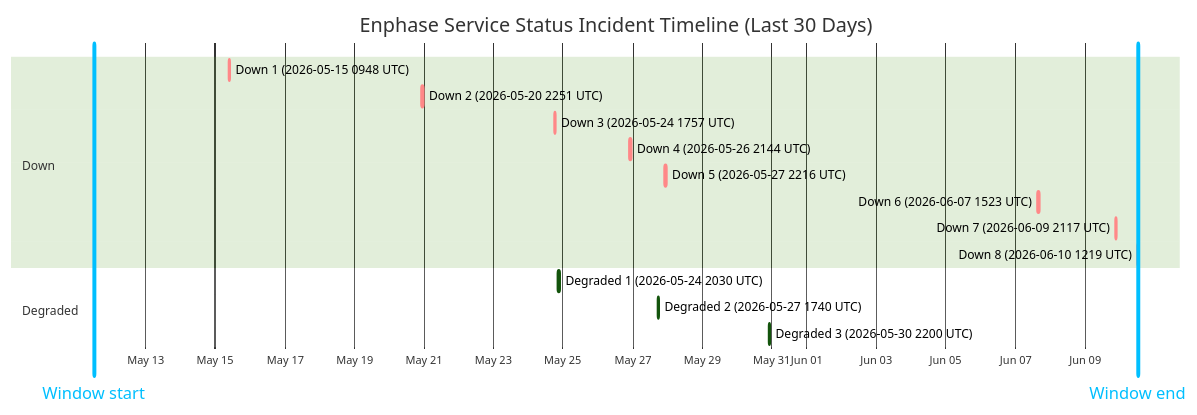
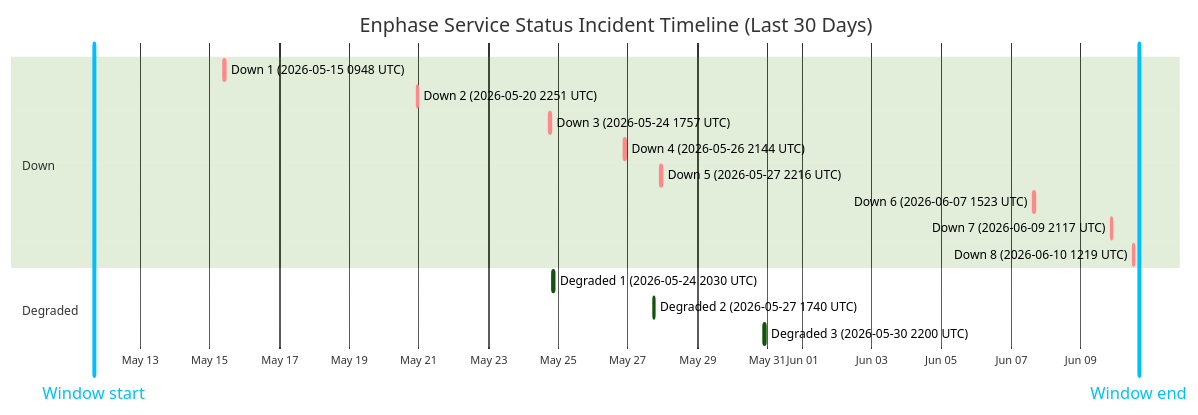
The diagram in wiki/Service-Status-History.md (barneyonline/ha-enphase-energy), drawn with Mermaid (forest theme) before and after one commit. The commit also changed other lines of this file and 5 other files, not shown here.

````diff
--- a/wiki/Service-Status-History.md
+++ b/wiki/Service-Status-History.md
@@ -14,21 +14,21 @@
 ```mermaid
 gantt
     title Enphase Service Status Incident Timeline (Last 30 Days)
     dateFormat  YYYY-MM-DDTHH:mm:ss
     axisFormat  %b %d
-    Window start :vert, window-start, 2026-05-11T12:19:21, 0ms
-    Window end :vert, window-end, 2026-06-10T12:19:21, 0ms
+    Window start :vert, window-start, 2026-05-11T16:13:33, 0ms
+    Window end :vert, window-end, 2026-06-10T16:13:33, 0ms
     section Down
     Down 1 (2026-05-15 0948 UTC) :crit, down-1, 2026-05-15T09:48:18, 60m
     Down 2 (2026-05-20 2251 UTC) :crit, down-2, 2026-05-20T22:51:14, 75m
     Down 3 (2026-05-24 1757 UTC) :crit, down-3, 2026-05-24T17:57:41, 86m
     Down 4 (2026-05-26 2144 UTC) :crit, down-4, 2026-05-26T21:44:11, 85m
     Down 5 (2026-05-27 2216 UTC) :crit, down-5, 2026-05-27T22:16:53, 87m
     Down 6 (2026-06-07 1523 UTC) :crit, down-6, 2026-06-07T15:23:22, 87m
     Down 7 (2026-06-09 2117 UTC) :crit, down-7, 2026-06-09T21:17:17, 60m
     Down 8 (2026-06-10 1219 UTC) :crit, down-8, 2026-06-10T12:19:21, 60m
     section Degraded
     Degraded 1 (2026-05-24 2030 UTC) :active, degraded-1, 2026-05-24T20:30:57, 84m
     Degraded 2 (2026-05-27 1740 UTC) :active, degraded-2, 2026-05-27T17:40:52, 60m
     Degraded 3 (2026-05-30 2200 UTC) :active, degraded-3, 2026-05-30T22:00:37, 60m
 ```
````
